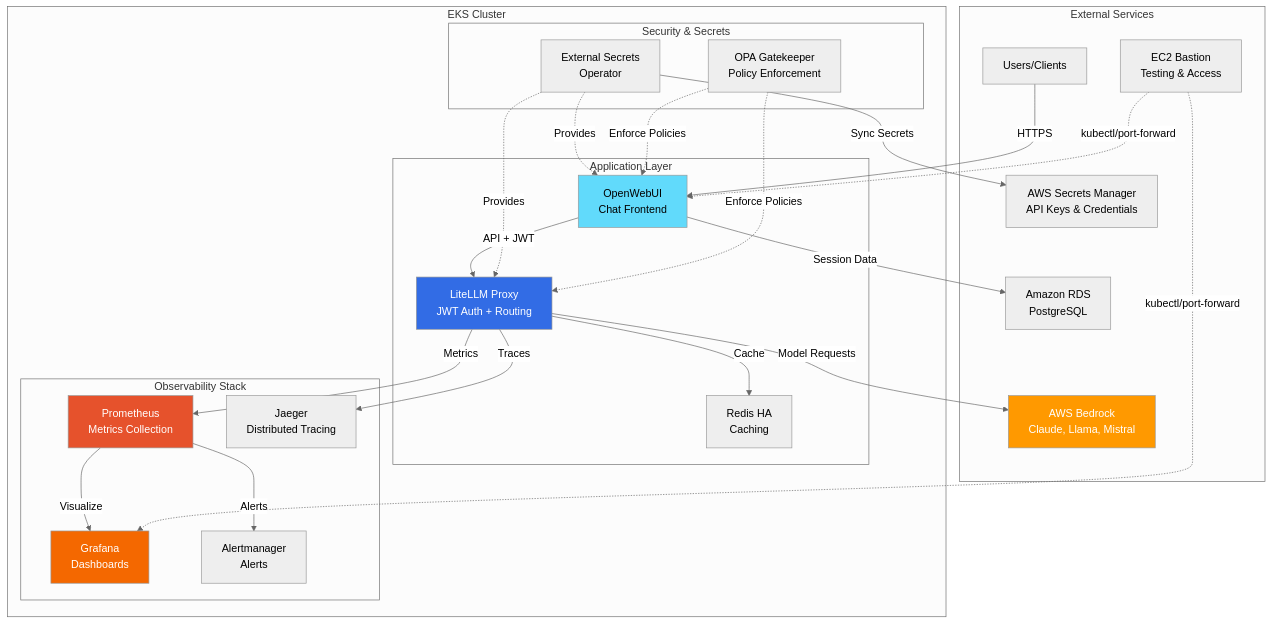
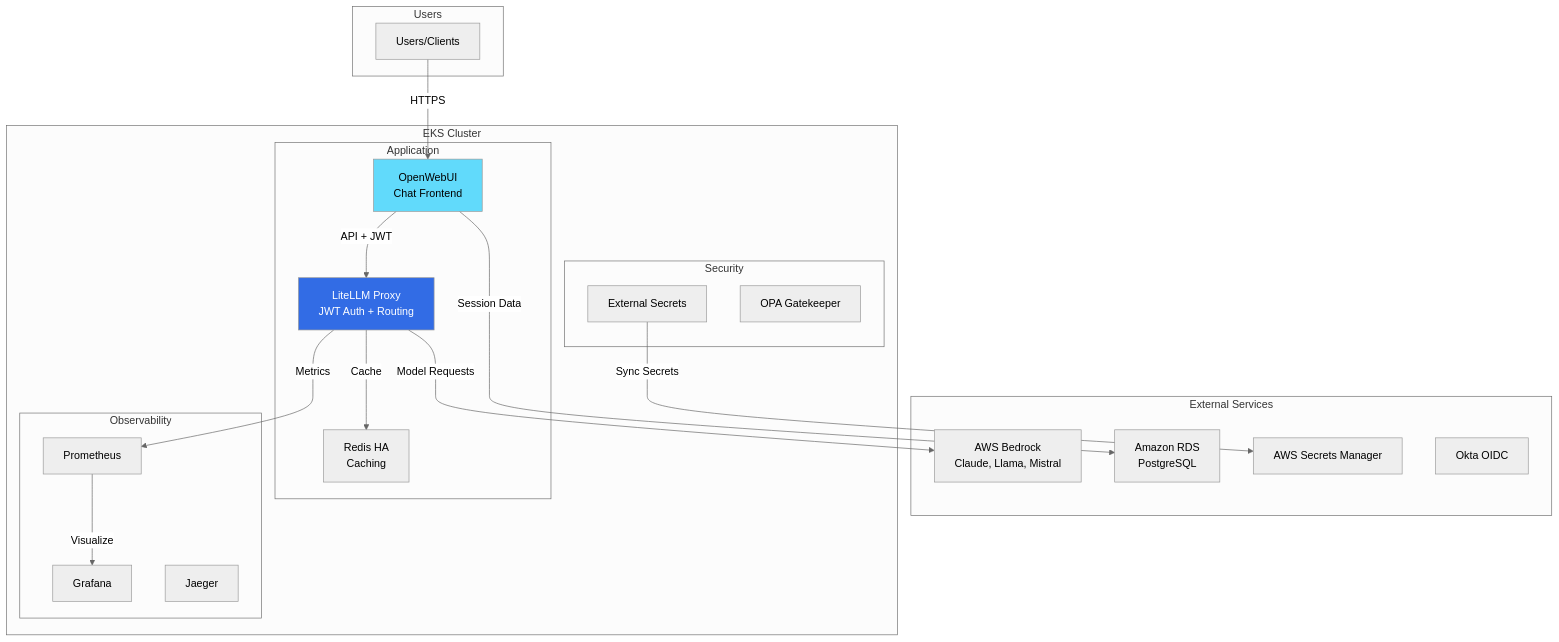
The diagram in README.md (kholcomb/gateway_eks), drawn with Mermaid (neutral theme) before and after one commit. The commit also changed other lines of this file and 2 other files, not shown here.

````diff
--- a/README.md
+++ b/README.md
@@ -22,57 +20,44 @@
 ```mermaid
 graph TB
+    subgraph "Users"
+        User[Users/Clients]
+    end
+
     subgraph "External Services"
-        User[Users/Clients]
         Bedrock[AWS Bedrock<br/>Claude, Llama, Mistral]
         RDS[Amazon RDS<br/>PostgreSQL]
-        SecretsManager[AWS Secrets Manager<br/>API Keys & Credentials]
-        Bastion[EC2 Bastion<br/>Testing & Access]
+        SecretsManager[AWS Secrets Manager]
+        Okta[Okta OIDC]
     end
 
     subgraph "EKS Cluster"
-        subgraph "Application Layer"
+        subgraph "Application"
             OpenWebUI[OpenWebUI<br/>Chat Frontend]
             LiteLLM[LiteLLM Proxy<br/>JWT Auth + Routing]
             Redis[Redis HA<br/>Caching]
         end
 
-        subgraph "Observability Stack"
-            Prometheus[Prometheus<br/>Metrics Collection]
-            Grafana[Grafana<br/>Dashboards]
-            Jaeger[Jaeger<br/>Distributed Tracing]
-            Alertmanager[Alertmanager<br/>Alerts]
+        subgraph "Observability"
+            Prometheus[Prometheus]
+            Grafana[Grafana]
+            Jaeger[Jaeger]
         end
 
-        subgraph "Security & Secrets"
-            ESO[External Secrets<br/>Operator]
-            OPA[OPA Gatekeeper<br/>Policy Enforcement]
+        subgraph "Security"
+            ESO[External Secrets]
+            OPA[OPA Gatekeeper]
         end
     end
 
     User -->|HTTPS| OpenWebUI
     OpenWebUI -->|API + JWT| LiteLLM
     LiteLLM -->|Model Requests| Bedrock
     LiteLLM -->|Cache| Redis
     OpenWebUI -->|Session Data| RDS
-
     LiteLLM -->|Metrics| Prometheus
-    LiteLLM -->|Traces| Jaeger
     Prometheus -->|Visualize| Grafana
-    Prometheus -->|Alerts| Alertmanager
-
     ESO -->|Sync Secrets| SecretsManager
-    ESO -.->|Provides| LiteLLM
-    ESO -.->|Provides| OpenWebUI
-
-    OPA -.->|Enforce Policies| LiteLLM
-    OPA -.->|Enforce Policies| OpenWebUI
-
-    Bastion -.->|kubectl/port-forward| OpenWebUI
-    Bastion -.->|kubectl/port-forward| Grafana
 
     style LiteLLM fill:#326CE5,color:#fff
     style OpenWebUI fill:#61DAFB
-    style Bedrock fill:#FF9900,color:#fff
-    style Prometheus fill:#E6522C,color:#fff
-    style Grafana fill:#F46800,color:#fff
 ```
````
